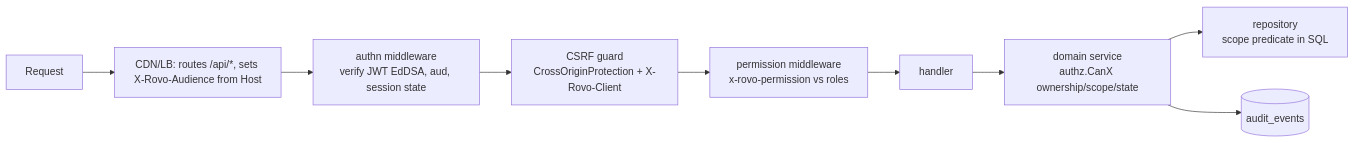
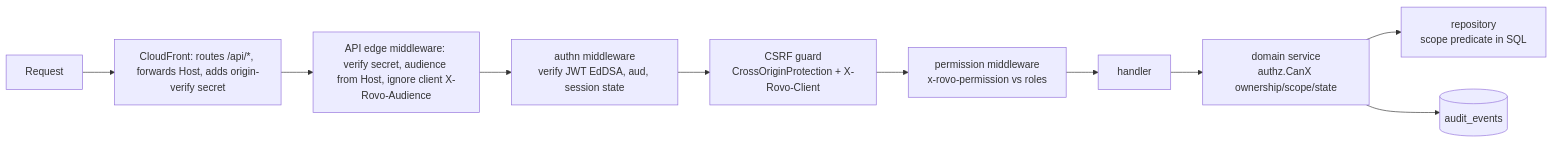
Before and after one commit to storetmobiles2-code/rovo: the third of 3 diagrams in docs/planning/12-auth-rbac.md, drawn with Mermaid. The commit also changed other lines of this file and 10 other files, not shown here.

````diff
--- a/docs/planning/12-auth-rbac.md
+++ b/docs/planning/12-auth-rbac.md
@@ -551,11 +562,12 @@
 ```mermaid
 flowchart LR
-  R[Request] --> A1[CDN/LB: routes /api/*, sets X-Rovo-Audience from Host]
-  A1 --> M1[authn middleware<br/>verify JWT EdDSA, aud, session state]
+  R[Request] --> A1[CloudFront: routes /api/*, forwards Host, adds origin-verify secret]
+  A1 --> A2[API edge middleware: verify secret, audience from Host, ignore client X-Rovo-Audience]
+  A2 --> M1[authn middleware<br/>verify JWT EdDSA, aud, session state]
   M1 --> M2[CSRF guard<br/>CrossOriginProtection + X-Rovo-Client]
   M2 --> M3[permission middleware<br/>x-rovo-permission vs roles]
   M3 --> H[handler]
   H --> S[domain service<br/>authz.CanX ownership/scope/state]
   S --> Q[repository<br/>scope predicate in SQL]
   S --> AU[(audit_events)]
 ```
````
